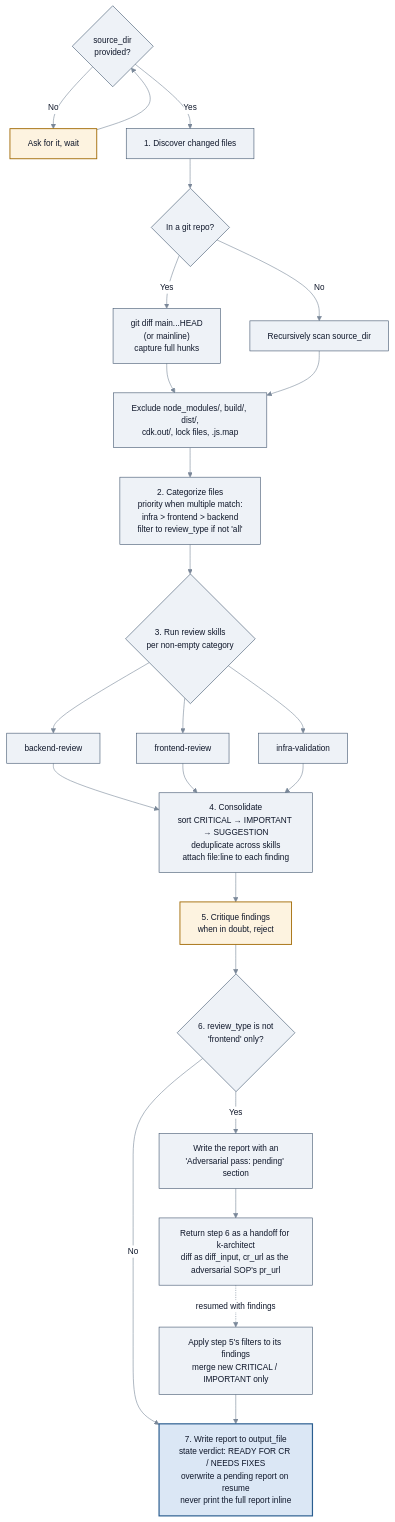
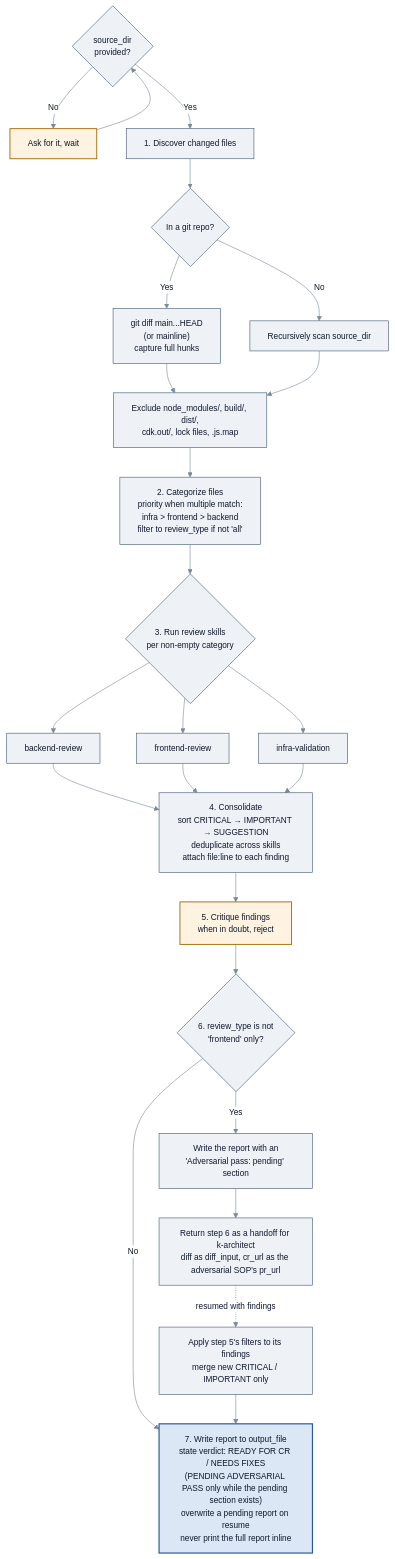
Before and after one commit to aws-solutions/konductor: the first of 4 diagrams in docs/user-guide/sop-workflows/code-review.md, drawn with Mermaid. The commit also changed other lines of this file and 10 other files, not shown here.

First line of the commit message:
fix(docs): bundles describe the no-spawn specialists; pending verdict and per-run handoff

````diff
--- a/docs/user-guide/sop-workflows/code-review.md
+++ b/docs/user-guide/sop-workflows/code-review.md
@@ -55,43 +55,43 @@
 ```mermaid
 %%{init:{'theme':'base','themeVariables':{'fontSize':'14px','primaryColor':'#eef2f7','primaryTextColor':'#0f172a','primaryBorderColor':'#40556e','lineColor':'#7a8899','textColor':'#0f172a','edgeLabelBackground':'#ffffff','clusterBkg':'#fafbfc','clusterBorder':'#c9d2dc'}}}%%
 flowchart TD
     P{"source_dir<br/>provided?"} -->|No| Ask["Ask for it, wait"]
     Ask --> P
     P -->|Yes| S1
 
     S1["1. Discover changed files"]
     S1 --> Git{"In a git repo?"}
     Git -->|Yes| GD["git diff main...HEAD<br/>(or mainline)<br/>capture full hunks"]
     Git -->|No| Scan["Recursively scan source_dir"]
     GD --> Ex
     Scan --> Ex["Exclude node_modules/, build/, dist/,<br/>cdk.out/, lock files, .js.map"]
 
     Ex --> S2["2. Categorize files<br/>priority when multiple match:<br/>infra > frontend > backend<br/>filter to review_type if not 'all'"]
 
     S2 --> S3{"3. Run review skills<br/>per non-empty category"}
     S3 --> RB["backend-review"]
     S3 --> RF["frontend-review"]
     S3 --> RI["infra-validation"]
 
     RB --> S4
     RF --> S4
     RI --> S4
 
     S4["4. Consolidate<br/>sort CRITICAL → IMPORTANT → SUGGESTION<br/>deduplicate across skills<br/>attach file:line to each finding"]
     S4 --> S5["5. Critique findings<br/>when in doubt, reject"]
 
     S5 --> S6{"6. review_type is not<br/>'frontend' only?"}
     S6 -->|No| S7
     S6 -->|Yes| Pending["Write the report with an<br/>'Adversarial pass: pending' section"]
     Pending --> Hand["Return step 6 as a handoff for k-architect<br/>diff as diff_input, cr_url as the adversarial SOP's pr_url"]
     Hand -.->|"resumed with findings"| Merge["Apply step 5's filters to its findings<br/>merge new CRITICAL / IMPORTANT only"]
     Merge --> S7
 
-    S7["7. Write report to output_file<br/>state verdict: READY FOR CR / NEEDS FIXES<br/>overwrite a pending report on resume<br/>never print the full report inline"]
+    S7["7. Write report to output_file<br/>state verdict: READY FOR CR / NEEDS FIXES<br/>(PENDING ADVERSARIAL PASS only while the pending section exists)<br/>overwrite a pending report on resume<br/>never print the full report inline"]
 
     class Ask,S5 gate
     class S7 focus
 
     classDef gate fill:#fdf3e0,stroke:#a06800,stroke-width:1.5px,color:#0f172a;
     classDef focus fill:#dbe7f5,stroke:#2a5d8f,stroke-width:2px,color:#0f172a;
 ```
````
